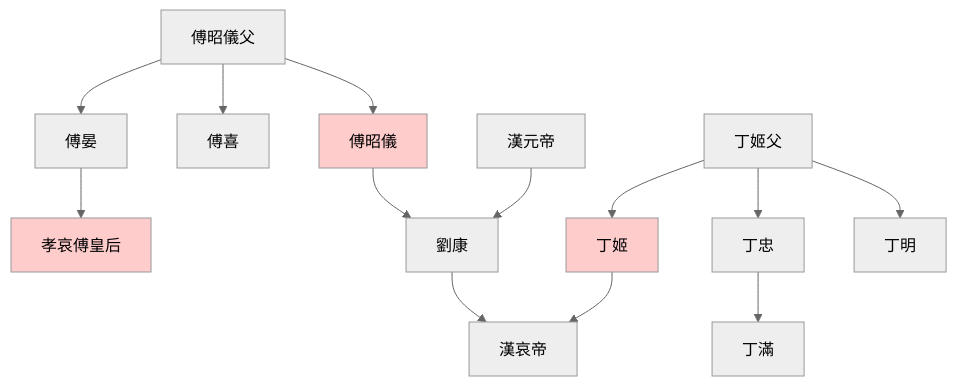
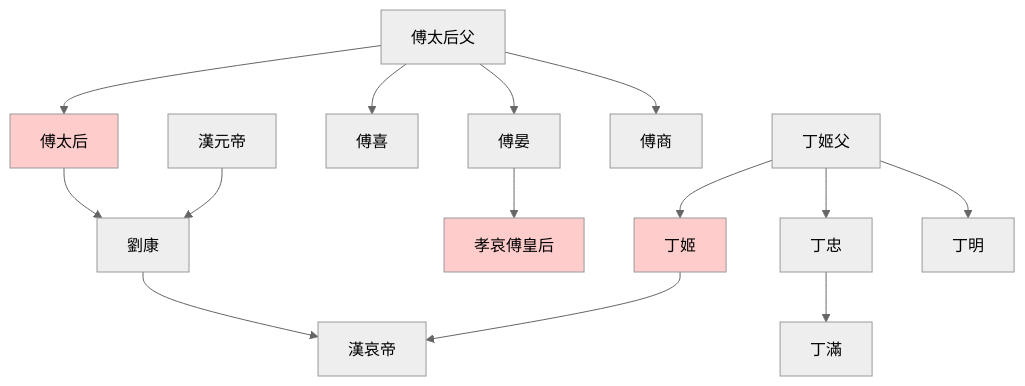
Before and after one commit to gamefang/zizhitongjian: the diagram in 筆記/资治通鉴33.md, drawn with Mermaid (neutral theme). The commit also changed 1 other file, not shown here.

Commit message:
卷34筆記

````diff
--- a/筆記/资治通鉴33.md
+++ b/筆記/资治通鉴33.md
@@ -15,19 +15,22 @@
 ```mermaid
 graph TB
-傅昭儀父-->傅昭儀
-傅昭儀父-->傅喜
-傅昭儀父-->傅晏
+傅太后父-->傅太后
+傅太后-->劉康
+漢元帝-->劉康
+傅太后父-->傅喜
+傅太后父-->傅晏
+傅太后父-->傅商
 傅晏-->孝哀傅皇后
-傅昭儀-->劉康
-漢元帝-->劉康
+
+
 劉康-->漢哀帝
 丁姬-->漢哀帝
 
 丁姬父-->丁忠
 丁姬父-->丁明
 丁姬父-->丁姬
 丁忠-->丁滿
 
 classDef female fill:#ffcccc
-class 傅昭儀,孝哀傅皇后,丁姬 female
+class 傅太后,孝哀傅皇后,丁姬 female
 ```
````
